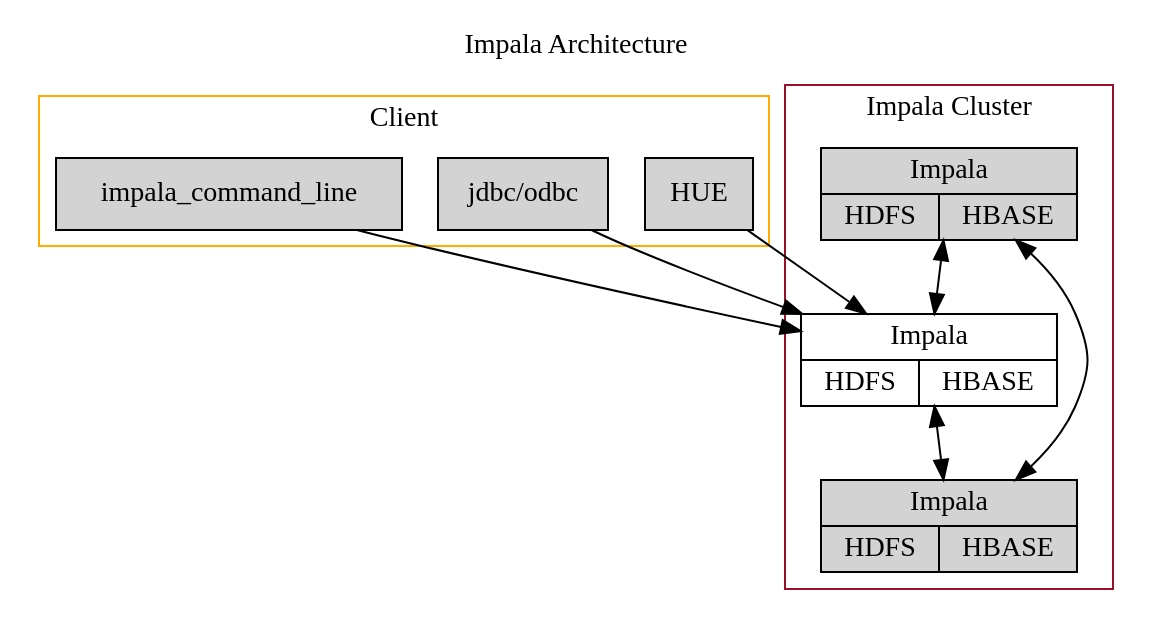
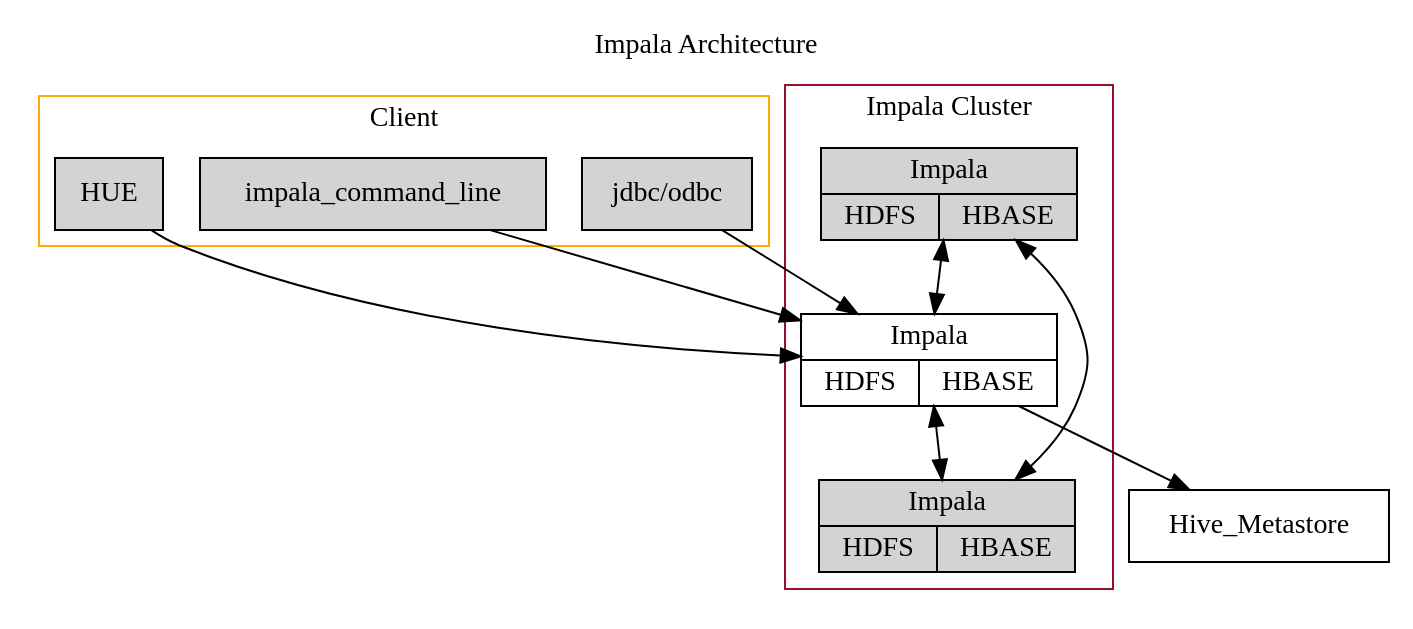
Before and after one commit to tomthetrainerDB/hadoop_migration: the diagram in impala_arch.dot, drawn with Graphviz. The commit also changed 1 other file, not shown here.

```diff
--- a/impala_arch.dot
+++ b/impala_arch.dot
@@ -1,40 +1,40 @@
 digraph G {
 	// Color Palette
         // "#1B3139" = Dark Navy
         // "#FF3621" = Innovation Orange
         // "#1C4856" = Deep Blue
         // "#00B379" =  Jade
         // "#FFAB00" = GoldenRod
         // "#98102A" = Maroon
         // style = filled = full box color fill
         // node [style =filled]; Border color
 	
 	labelloc="t";
     	label="Impala Architecture";
  	rankdir=TB;
 	graph [fontsize=14 fontname="Verdana" compound=true];	
     	node [shape=box]
     	compound=true
 	subgraph cluster_0 {
 		label = "Client"
 		color= "#FFAB00";
 		node [style=filled];
 		HUE, "jdbc/odbc", impala_command_line;					}
                 {HUE "jdbc/odbc" impala_command_line} -> 1;
 	subgraph cluster_1 {
 		node [style=filled];
 		label = "Impala Cluster";
 		color="#98102A" ;
 		1 [shape=record    label="{Impala|{HDFS|HBASE}}"];
 		2 [shape=record    label="{Impala|{HDFS|HBASE}}"];
 		3 [shape=record    label="{Impala|{HDFS|HBASE}}"];
 		
 		{1 2} -> 3 [dir="both"];
 		2 -> 1 [dir="both"];
 
       	}
 		
-	
+1 -> Hive_Metastore;	
 	
 		
 }
```
